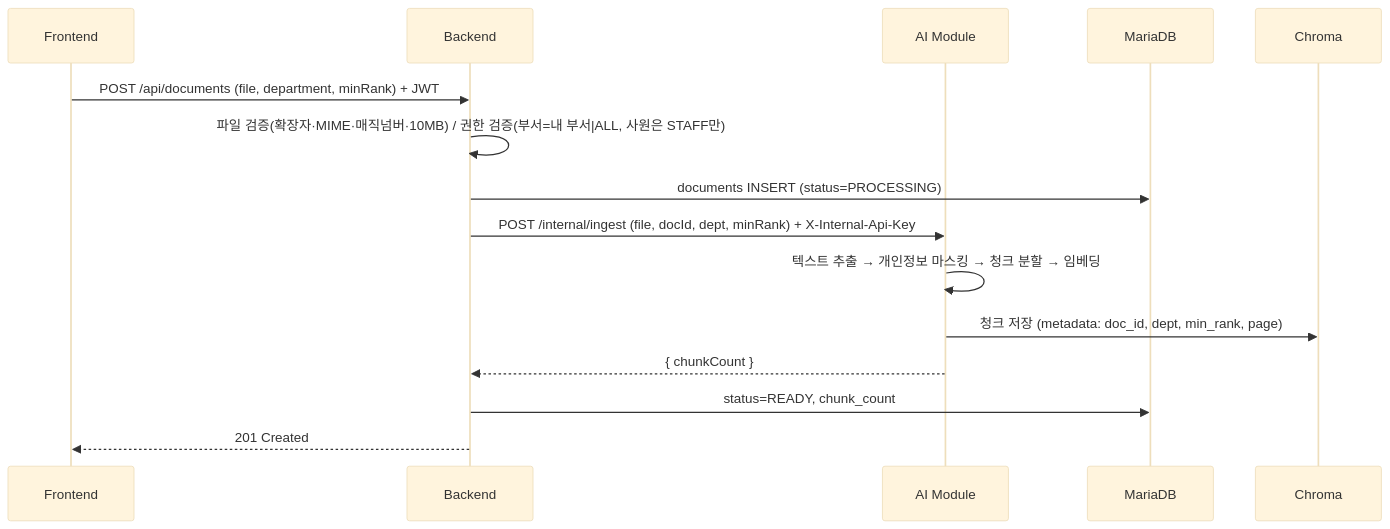
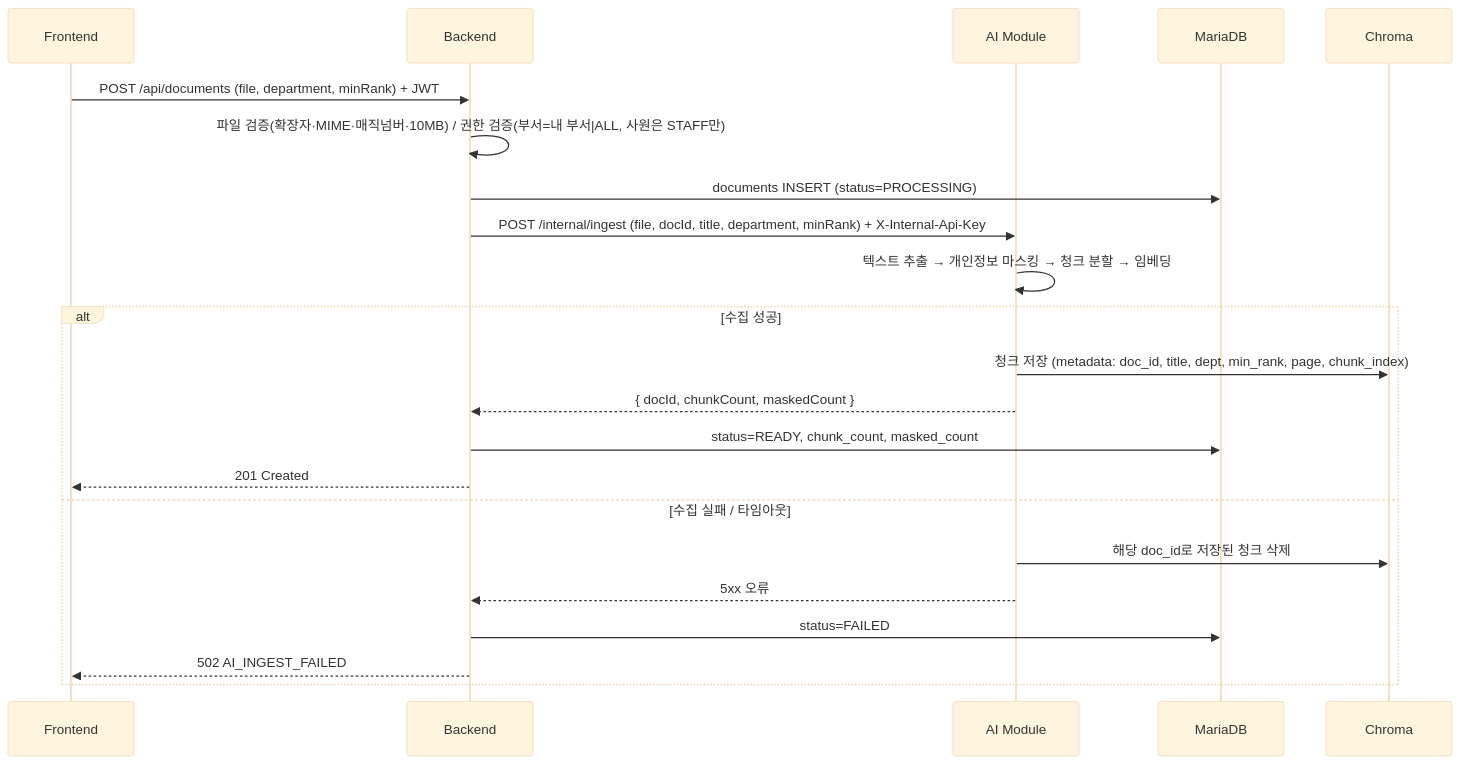
The second of 3 diagrams in docs/2.시스템아키텍처설계서.md (sheok13/baton-secure-handover), drawn with Mermaid (base theme) before and after one commit. The commit also changed other lines of this file and 3 other files, not shown here.

````diff
--- a/docs/2.시스템아키텍처설계서.md
+++ b/docs/2.시스템아키텍처설계서.md
@@ -89,17 +89,24 @@
 ```mermaid
 sequenceDiagram
   participant FE as Frontend
   participant BE as Backend
   participant AI as AI Module
   participant DB as MariaDB
   participant V as Chroma
   FE->>BE: POST /api/documents (file, department, minRank) + JWT
   BE->>BE: 파일 검증(확장자·MIME·매직넘버·10MB) / 권한 검증(부서=내 부서|ALL, 사원은 STAFF만)
   BE->>DB: documents INSERT (status=PROCESSING)
-  BE->>AI: POST /internal/ingest (file, docId, dept, minRank) + X-Internal-Api-Key
+  BE->>AI: POST /internal/ingest (file, docId, title, department, minRank) + X-Internal-Api-Key
   AI->>AI: 텍스트 추출 → 개인정보 마스킹 → 청크 분할 → 임베딩
-  AI->>V: 청크 저장 (metadata: doc_id, dept, min_rank, page)
-  AI-->>BE: { chunkCount }
-  BE->>DB: status=READY, chunk_count
-  BE-->>FE: 201 Created
+  alt 수집 성공
+    AI->>V: 청크 저장 (metadata: doc_id, title, dept, min_rank, page, chunk_index)
+    AI-->>BE: { docId, chunkCount, maskedCount }
+    BE->>DB: status=READY, chunk_count, masked_count
+    BE-->>FE: 201 Created
+  else 수집 실패 / 타임아웃
+    AI->>V: 해당 doc_id로 저장된 청크 삭제
+    AI-->>BE: 5xx 오류
+    BE->>DB: status=FAILED
+    BE-->>FE: 502 AI_INGEST_FAILED
+  end
 ```
````
